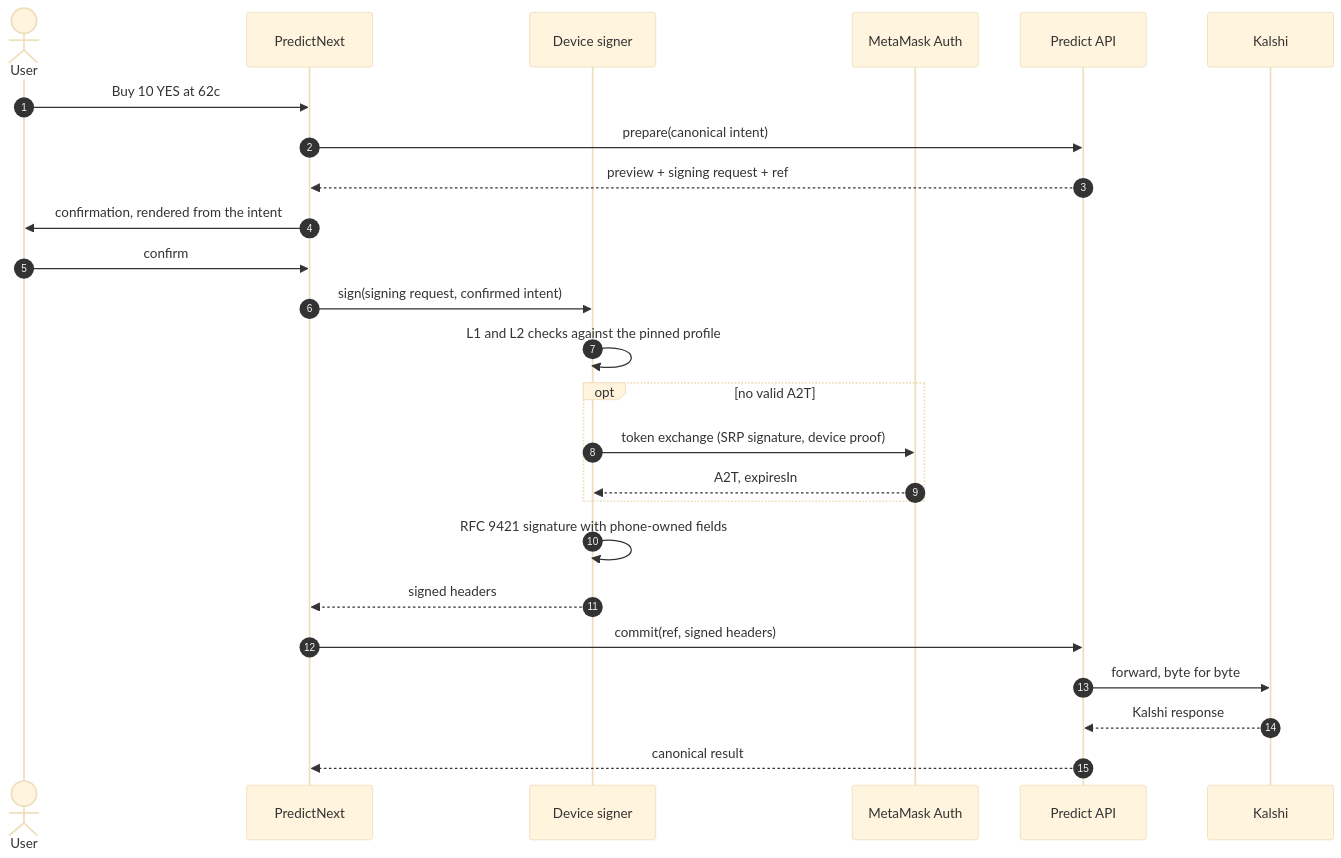
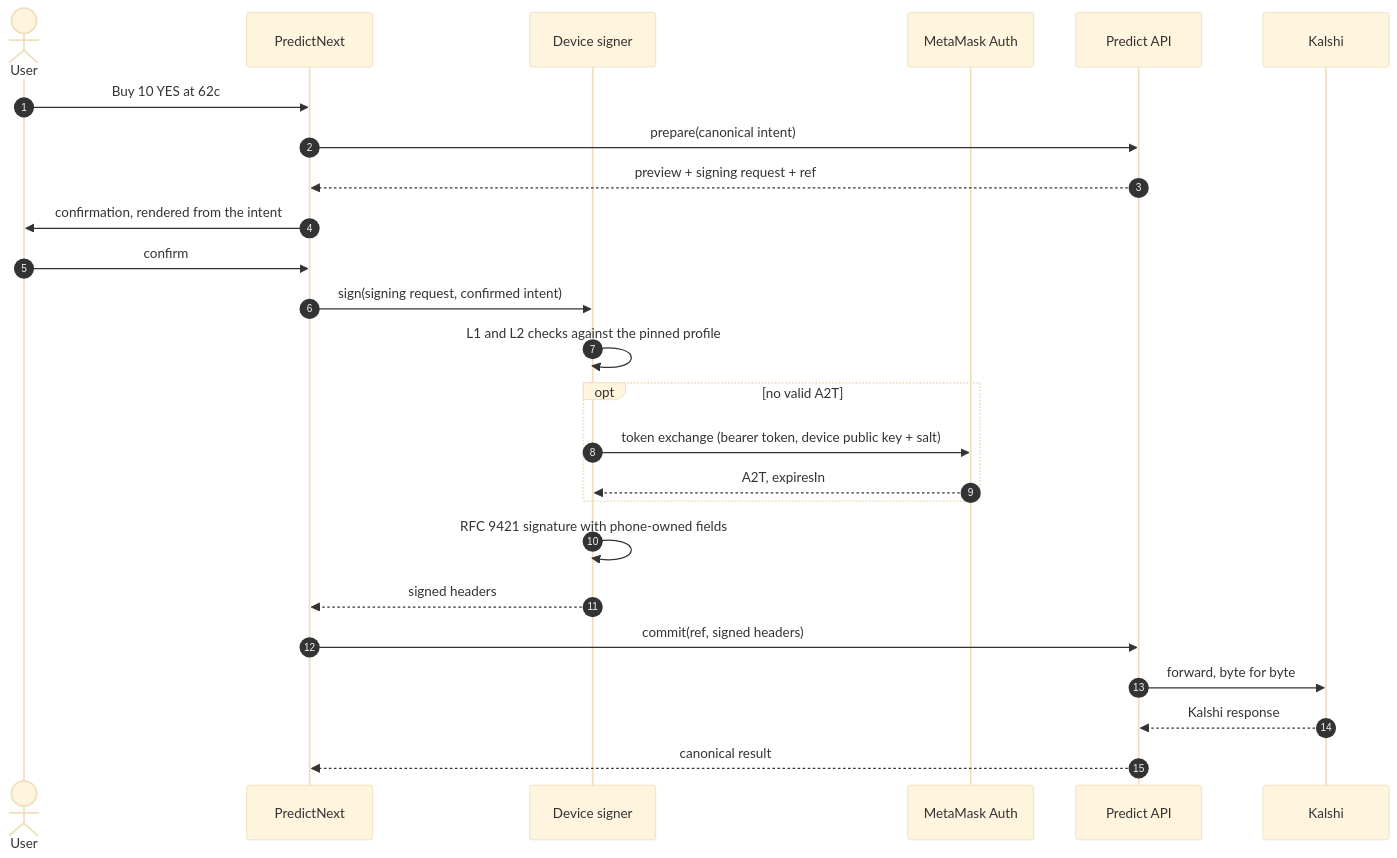
The second of 2 diagrams in app/components/UI/PredictNext/docs/adr/0003-backend-driven-venue-authentication.md (MetaMask/metamask-mobile), drawn with Mermaid (base theme) before and after one commit. The commit also changed other lines of this file and 2 other files, not shown here.

First line of the commit message:
docs(predict): mark the MM Auth A2T exchange as superseding the ADR

````diff
--- a/app/components/UI/PredictNext/docs/adr/0003-backend-driven-venue-authentication.md
+++ b/app/components/UI/PredictNext/docs/adr/0003-backend-driven-venue-authentication.md
@@ -68,27 +75,27 @@
 ```mermaid
 sequenceDiagram
   autonumber
   actor User
   participant UI as PredictNext
   participant Signer as Device signer
   participant Auth as MetaMask Auth
   participant API as Predict API
   participant K as Kalshi
   User->>UI: Buy 10 YES at 62c
   UI->>API: prepare(canonical intent)
   API-->>UI: preview + signing request + ref
   UI->>User: confirmation, rendered from the intent
   User->>UI: confirm
   UI->>Signer: sign(signing request, confirmed intent)
   Signer->>Signer: L1 and L2 checks against the pinned profile
   opt no valid A2T
-    Signer->>Auth: token exchange (SRP signature, device proof)
+    Signer->>Auth: token exchange (bearer token, device public key + salt)
     Auth-->>Signer: A2T, expiresIn
   end
   Signer->>Signer: RFC 9421 signature with phone-owned fields
   Signer-->>UI: signed headers
   UI->>API: commit(ref, signed headers)
   API->>K: forward, byte for byte
   K-->>API: Kalshi response
   API-->>UI: canonical result
 ```
````
